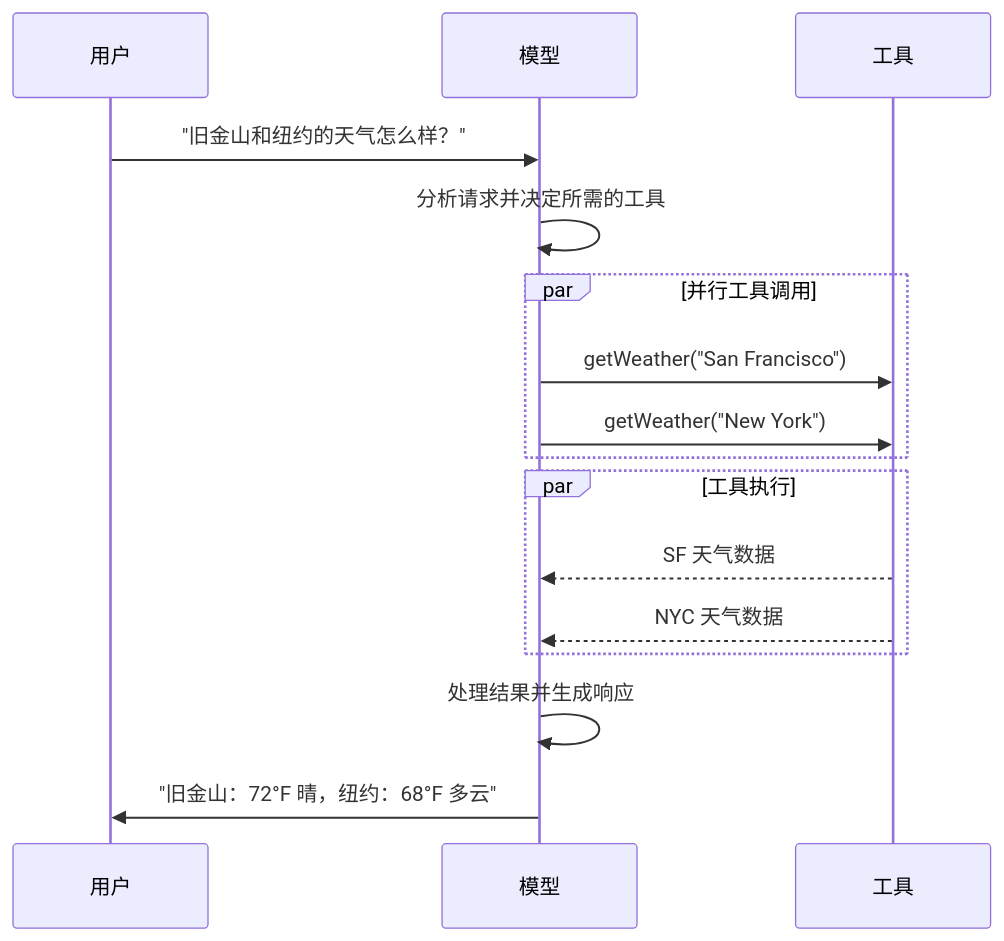
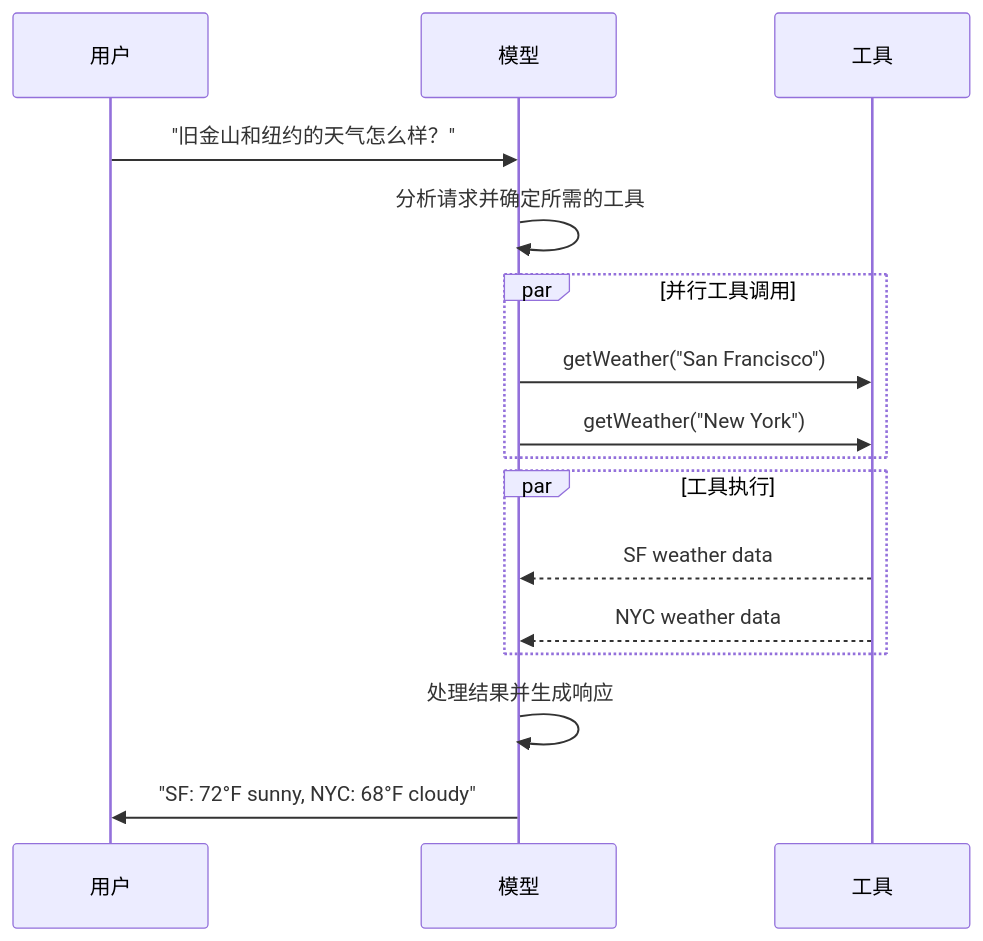
The second of 2 diagrams in src/oss/langchain/models.mdx (ikun-love/langchain-docs), drawn with Mermaid before and after one commit. The commit also changed other lines of this file and 261 other files, not shown here.

````diff
--- a/src/oss/langchain/models.mdx
+++ b/src/oss/langchain/models.mdx
@@ -563,22 +563,22 @@
 ```mermaid
 sequenceDiagram
     participant U as 用户
     participant M as 模型
     participant T as 工具
 
     U->>M: "旧金山和纽约的天气怎么样？"
-    M->>M: 分析请求并决定所需的工具
+    M->>M: 分析请求并确定所需的工具
 
     par 并行工具调用
         M->>T: getWeather("San Francisco")
         M->>T: getWeather("New York")
     end
 
     par 工具执行
-        T-->>M: SF 天气数据
-        T-->>M: NYC 天气数据
+        T-->>M: SF weather data
+        T-->>M: NYC weather data
     end
 
     M->>M: 处理结果并生成响应
-    M->>U: "旧金山：72°F 晴，纽约：68°F 多云"
+    M->>U: "SF: 72°F sunny, NYC: 68°F cloudy"
 ```
````
